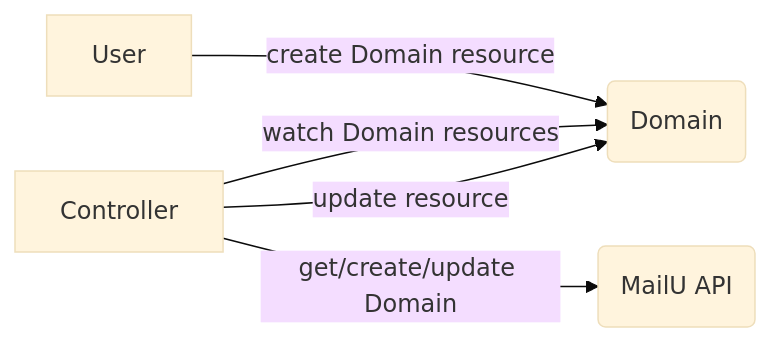
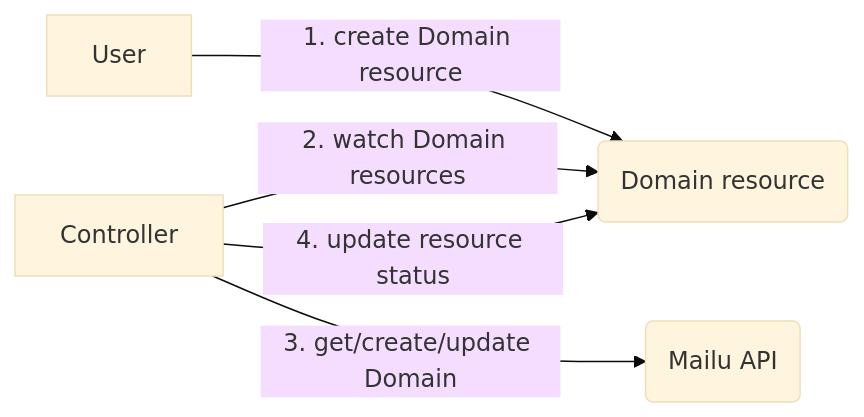
The diagram in README.md (SickHub/mailu-operator), drawn with Mermaid (base theme) before and after one commit. The commit also changed other lines of this file and 1 other file, not shown here.

````diff
--- a/README.md
+++ b/README.md
@@ -57,12 +61,12 @@
 ```mermaid
 flowchart LR
-  CRD(Domain)
+  CRD(Domain resource)
   Controller
-  MailUAPI(MailU API)
+  MailuAPI(Mailu API)
   
-  User -- create Domain resource --> CRD
+  User -- 1. create Domain resource --> CRD
   
-  Controller -- watch Domain resources --> CRD
-  Controller -- get/create/update Domain --> MailUAPI
-  Controller -- update resource --> CRD
+  Controller -- 2. watch Domain resources --> CRD
+  Controller -- 3. get/create/update Domain --> MailuAPI
+  Controller -- 4. update resource status --> CRD
 ```
````
